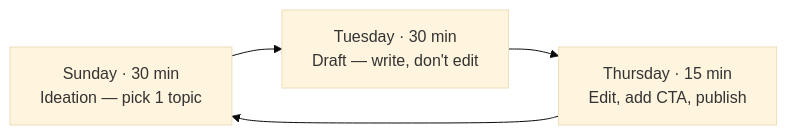
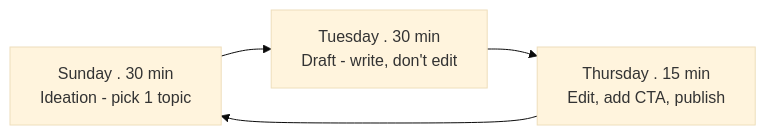
One commit to leotansingapore/aia-product-compass-hub changed the first of 2 diagrams in docs/first-60-days/week-7/day-41.md. Above: the diagram before and after it, drawn with Mermaid (base theme). The commit also changed other lines of this file and 75 other files, not shown here.

````diff
--- a/docs/first-60-days/week-7/day-41.md
+++ b/docs/first-60-days/week-7/day-41.md
@@ -48,7 +48,7 @@
 ```mermaid
 flowchart LR
-    A["Sunday · 30 min<br/>Ideation — pick 1 topic"]
-    B["Tuesday · 30 min<br/>Draft — write, don't edit"]
-    C["Thursday · 15 min<br/>Edit, add CTA, publish"]
+    A["Sunday . 30 min<br/>Ideation - pick 1 topic"]
+    B["Tuesday . 30 min<br/>Draft - write, don't edit"]
+    C["Thursday . 15 min<br/>Edit, add CTA, publish"]
     A --> B --> C --> A
 ```
````
